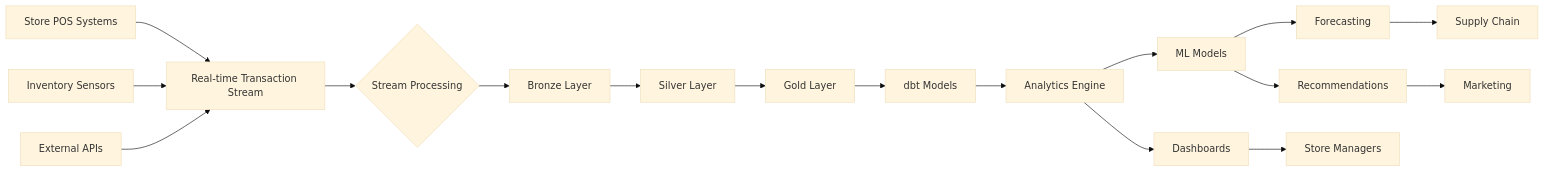
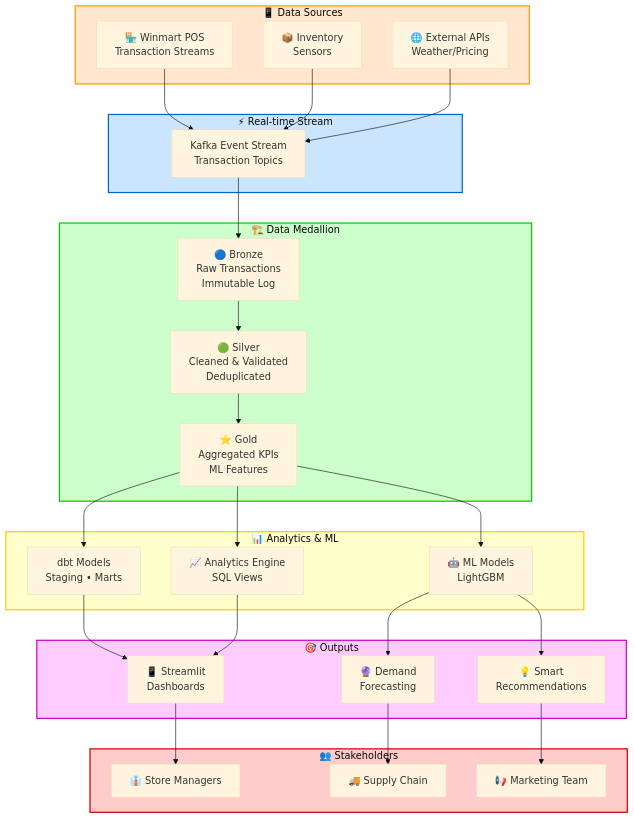
The diagram in README.md (willtran112358/ecommerce-analytics-data-platform), drawn with Mermaid (base theme) before and after one commit. The commit also changed other lines of this file, not shown here.

Commit message:
docs: Enhance Mermaid diagram with subgraph grouping, color coding, and improved visual hierarchy

````diff
--- a/README.md
+++ b/README.md
@@ -29,23 +31,65 @@
 ```mermaid
-graph LR
-    A[Store POS Systems] --> B[Real-time Transaction Stream]
-    C[Inventory Sensors] --> B
-    D[External APIs] --> B
+flowchart TD
+    subgraph SOURCES["📱 Data Sources"]
+        A["🏪 Winmart POS<br/>Transaction Streams"]
+        C["📦 Inventory<br/>Sensors"]
+        D["🌐 External APIs<br/>Weather/Pricing"]
+    end
     
-    B --> E{Stream Processing}
-    E --> F[Bronze Layer]
-    F --> G[Silver Layer]
-    G --> H[Gold Layer]
+    subgraph STREAM["⚡ Real-time Stream"]
+        B["Kafka Event Stream<br/>Transaction Topics"]
+    end
     
-    H --> I[dbt Models]
-    I --> J[Analytics Engine]
+    subgraph LAYERS["🏗️ Data Medallion"]
+        F["🔵 Bronze<br/>Raw Transactions<br/>Immutable Log"]
+        G["🟢 Silver<br/>Cleaned & Validated<br/>Deduplicated"]
+        H["⭐ Gold<br/>Aggregated KPIs<br/>ML Features"]
+    end
     
-    J --> K[Dashboards]
-    J --> L[ML Models]
-    L --> M[Forecasting]
-    L --> N[Recommendations]
+    subgraph ANALYTICS["📊 Analytics & ML"]
+        I["dbt Models<br/>Staging • Marts"]
+        J["📈 Analytics Engine<br/>SQL Views"]
+        L["🤖 ML Models<br/>LightGBM"]
+    end
     
-    K --> O[Store Managers]
-    M --> P[Supply Chain]
-    N --> Q[Marketing]
+    subgraph OUTPUTS["🎯 Outputs"]
+        K["📱 Streamlit<br/>Dashboards"]
+        M["🔮 Demand<br/>Forecasting"]
+        N["💡 Smart<br/>Recommendations"]
+    end
+    
+    subgraph CONSUMERS["👥 Stakeholders"]
+        O["👔 Store Managers"]
+        P["🚚 Supply Chain"]
+        Q["📢 Marketing Team"]
+    end
+    
+    A --> B
+    C --> B
+    D --> B
+    
+    B --> F
+    F --> G
+    G --> H
+    
+    H --> I
+    H --> J
+    H --> L
+    
+    I --> K
+    J --> K
+    
+    L --> M
+    L --> N
+    
+    K --> O
+    M --> P
+    N --> Q
+    
+    style SOURCES fill:#ffe6cc,stroke:#ff9900,stroke-width:2px
+    style STREAM fill:#cce5ff,stroke:#0066cc,stroke-width:2px
+    style LAYERS fill:#ccffcc,stroke:#00cc00,stroke-width:2px
+    style ANALYTICS fill:#ffffcc,stroke:#ffcc00,stroke-width:2px
+    style OUTPUTS fill:#ffccff,stroke:#cc00cc,stroke-width:2px
+    style CONSUMERS fill:#ffcccc,stroke:#cc0000,stroke-width:2px
 ```
````
